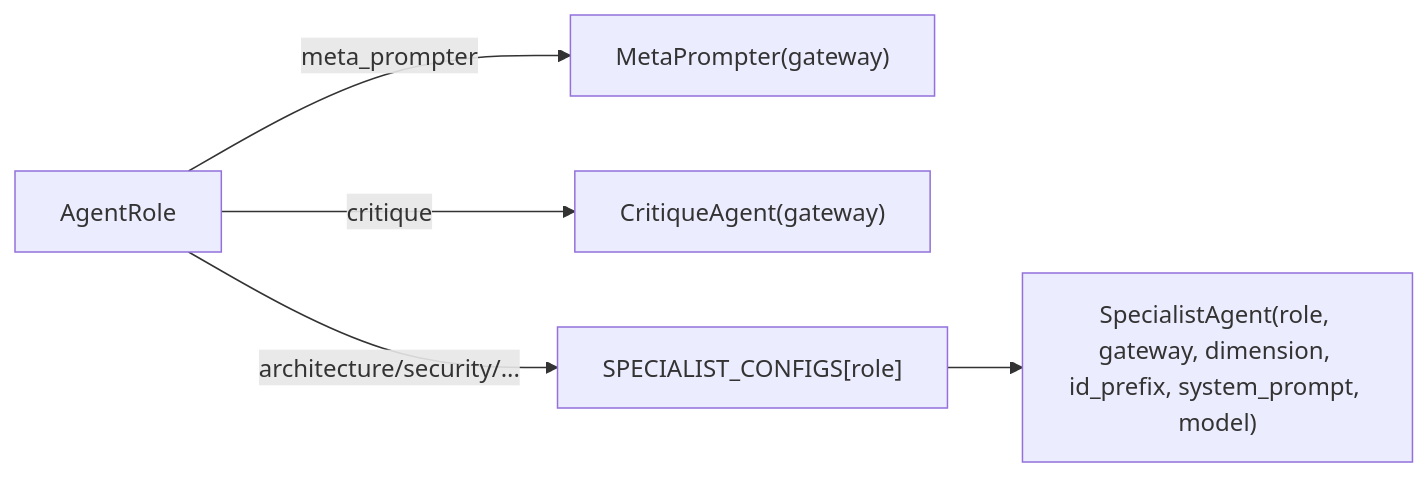
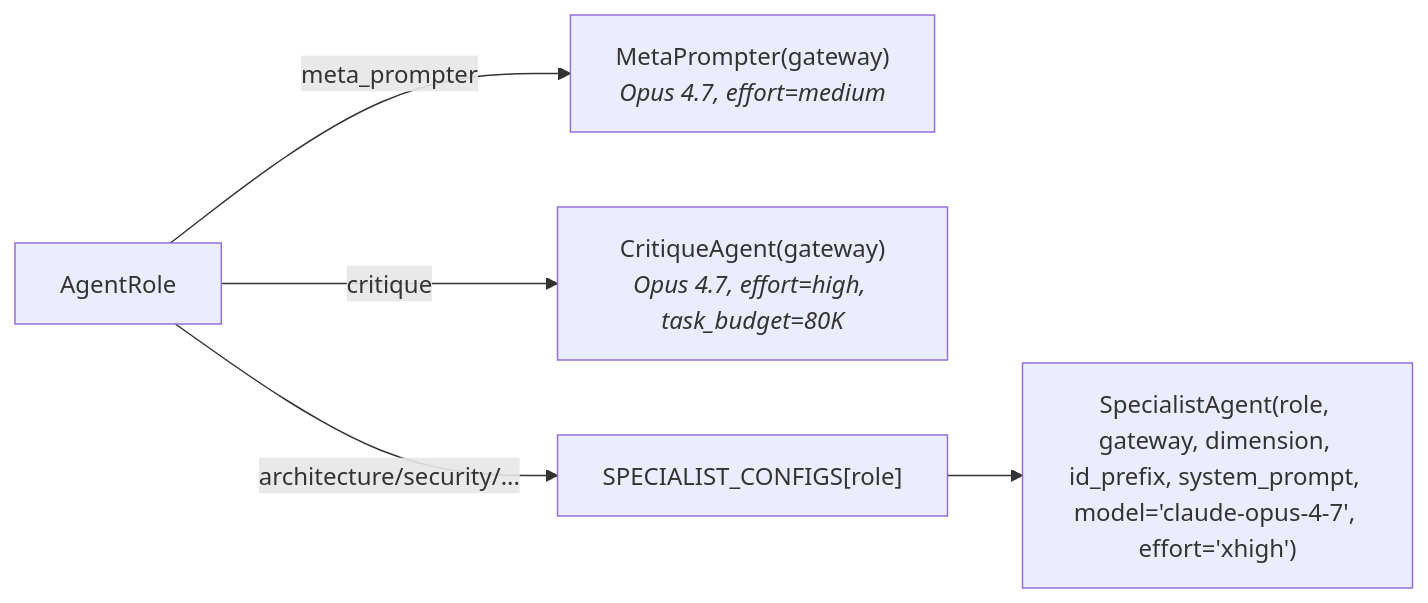
The second of 2 diagrams in docs/diagrams/lld-component-interaction.md (leocder07/spectra), drawn with Mermaid before and after one commit. The commit also changed other lines of this file and 15 other files, not shown here.

````diff
--- a/docs/diagrams/lld-component-interaction.md
+++ b/docs/diagrams/lld-component-interaction.md
@@ -95,7 +95,7 @@
 ```mermaid
 graph LR
-    ROLE["AgentRole"] --> |"meta_prompter"| MP["MetaPrompter(gateway)"]
-    ROLE --> |"critique"| CA["CritiqueAgent(gateway)"]
+    ROLE["AgentRole"] --> |"meta_prompter"| MP["MetaPrompter(gateway)<br/><i>Opus 4.7, effort=medium</i>"]
+    ROLE --> |"critique"| CA["CritiqueAgent(gateway)<br/><i>Opus 4.7, effort=high, task_budget=80K</i>"]
     ROLE --> |"architecture/security/..."| SC["SPECIALIST_CONFIGS[role]"]
-    SC --> SA["SpecialistAgent(role, gateway, dimension, id_prefix, system_prompt, model)"]
+    SC --> SA["SpecialistAgent(role, gateway, dimension, id_prefix, system_prompt, model='claude-opus-4-7', effort='xhigh')"]
 ```
````
